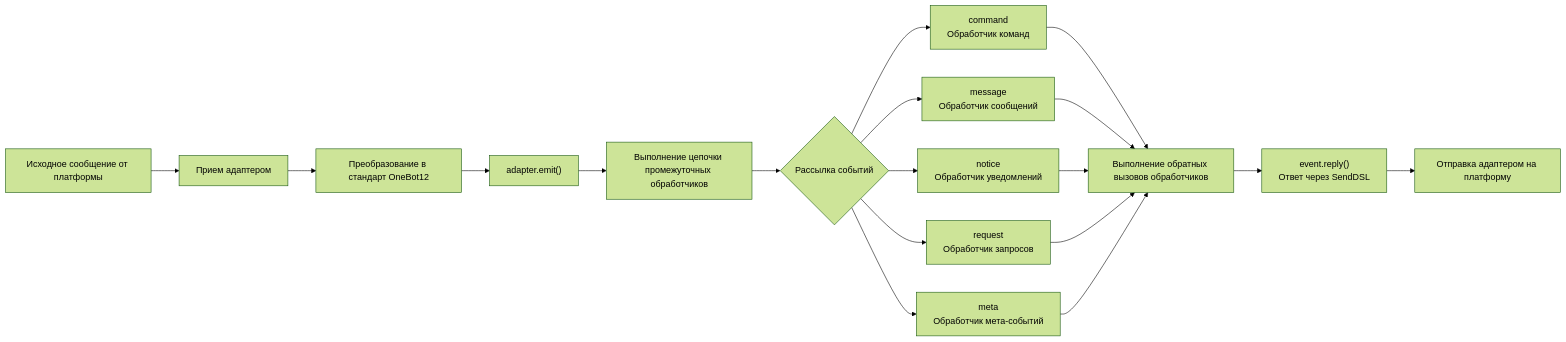
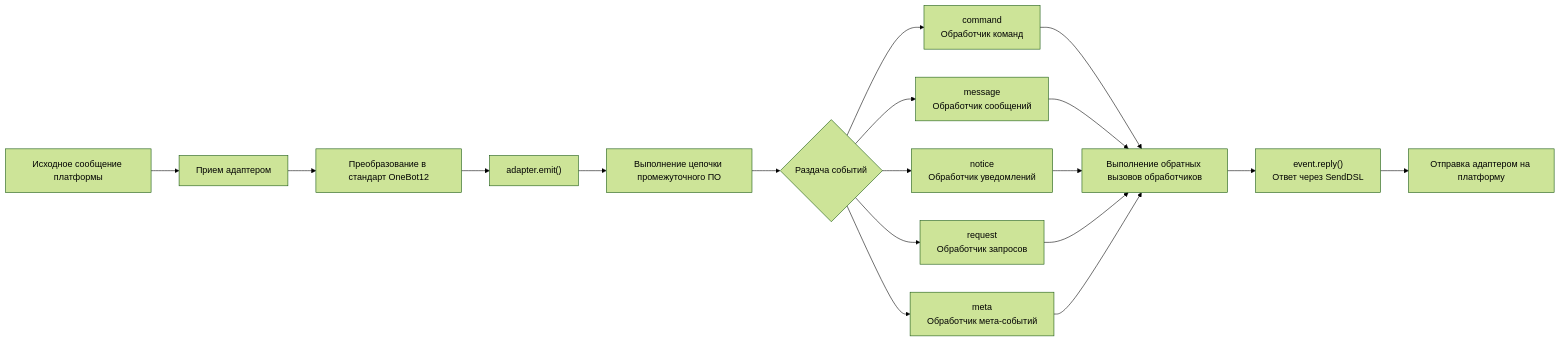
One commit to ErisPulse/ErisPulse changed the third of 9 diagrams in docs/ru/architecture.md. Above: the diagram before and after it, drawn with Mermaid (forest theme). The commit also changed other lines of this file and 79 other files, not shown here.

````diff
--- a/docs/ru/architecture.md
+++ b/docs/ru/architecture.md
@@ -87,16 +87,16 @@
 ```mermaid
 flowchart LR
-    A["Исходное сообщение от платформы"] --> B["Прием адаптером"]
+    A["Исходное сообщение платформы"] --> B["Прием адаптером"]
     B --> C["Преобразование в стандарт OneBot12"]
     C --> D["adapter.emit()"]
-    D --> E["Выполнение цепочки промежуточных обработчиков"]
-    E --> F{"Рассылка событий"}
+    D --> E["Выполнение цепочки промежуточного ПО"]
+    E --> F{"Раздача событий"}
     F --> G1["command<br/>Обработчик команд"]
     F --> G2["message<br/>Обработчик сообщений"]
     F --> G3["notice<br/>Обработчик уведомлений"]
     F --> G4["request<br/>Обработчик запросов"]
     F --> G5["meta<br/>Обработчик мета-событий"]
     G1 & G2 & G3 & G4 & G5 --> H["Выполнение обратных вызовов обработчиков"]
     H --> I["event.reply()<br/>Ответ через SendDSL"]
     I --> J["Отправка адаптером на платформу"]
 ```
````
